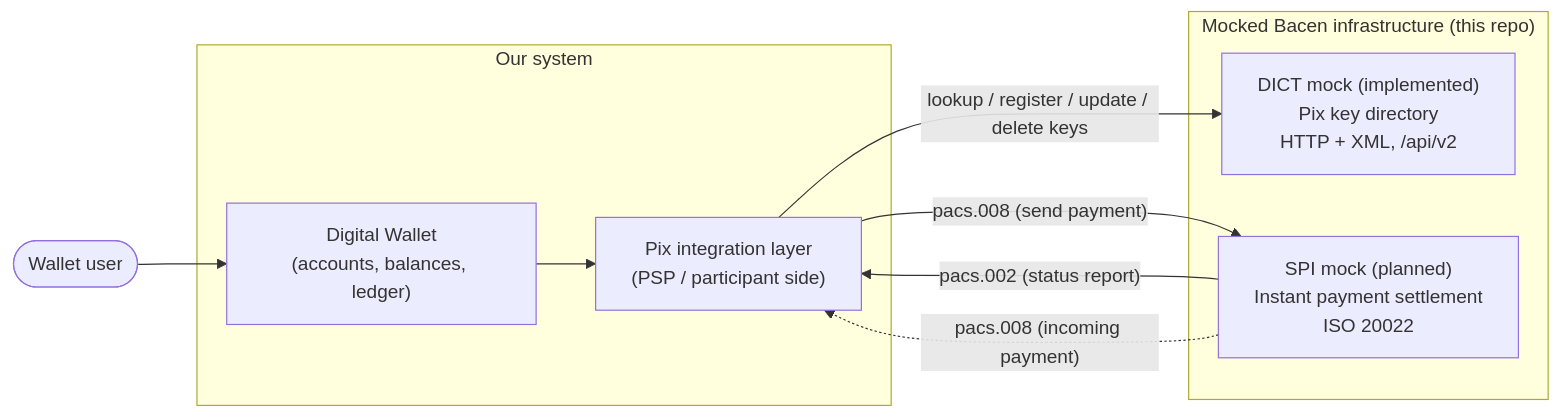
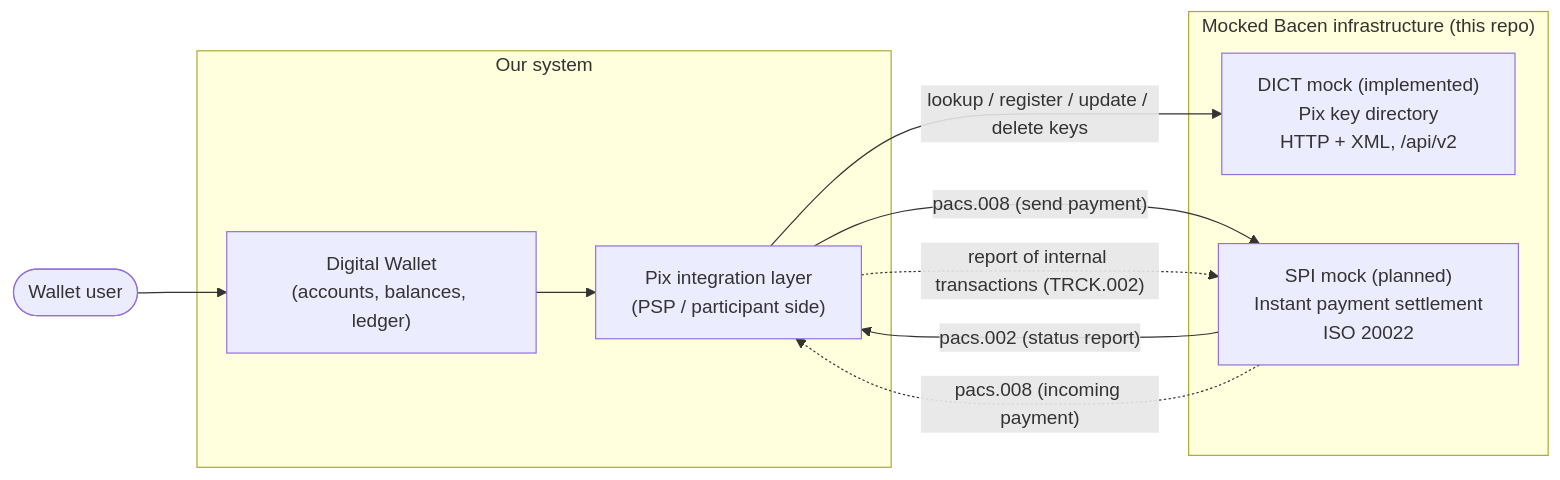
The first of 5 diagrams in docs/architecture.md (piovani/pix_fake), drawn with Mermaid before and after one commit. The commit also changed other lines of this file and 10 other files, not shown here.

````diff
--- a/docs/architecture.md
+++ b/docs/architecture.md
@@ -10,20 +10,21 @@
 ```mermaid
 flowchart LR
     User([Wallet user]) --> Wallet
 
     subgraph Ours["Our system"]
         Wallet["Digital Wallet<br/>(accounts, balances, ledger)"]
         PixInt["Pix integration layer<br/>(PSP / participant side)"]
         Wallet --> PixInt
     end
 
     subgraph Mocks["Mocked Bacen infrastructure (this repo)"]
         DICT["DICT mock (implemented)<br/>Pix key directory<br/>HTTP + XML, /api/v2"]
         SPI["SPI mock (planned)<br/>Instant payment settlement<br/>ISO 20022"]
     end
 
     PixInt -- "lookup / register / update / delete keys" --> DICT
     PixInt -- "pacs.008 (send payment)" --> SPI
     SPI -- "pacs.002 (status report)" --> PixInt
     SPI -. "pacs.008 (incoming payment)" .-> PixInt
+    PixInt -. "report of internal transactions (TRCK.002)" .-> SPI
 ```
````
